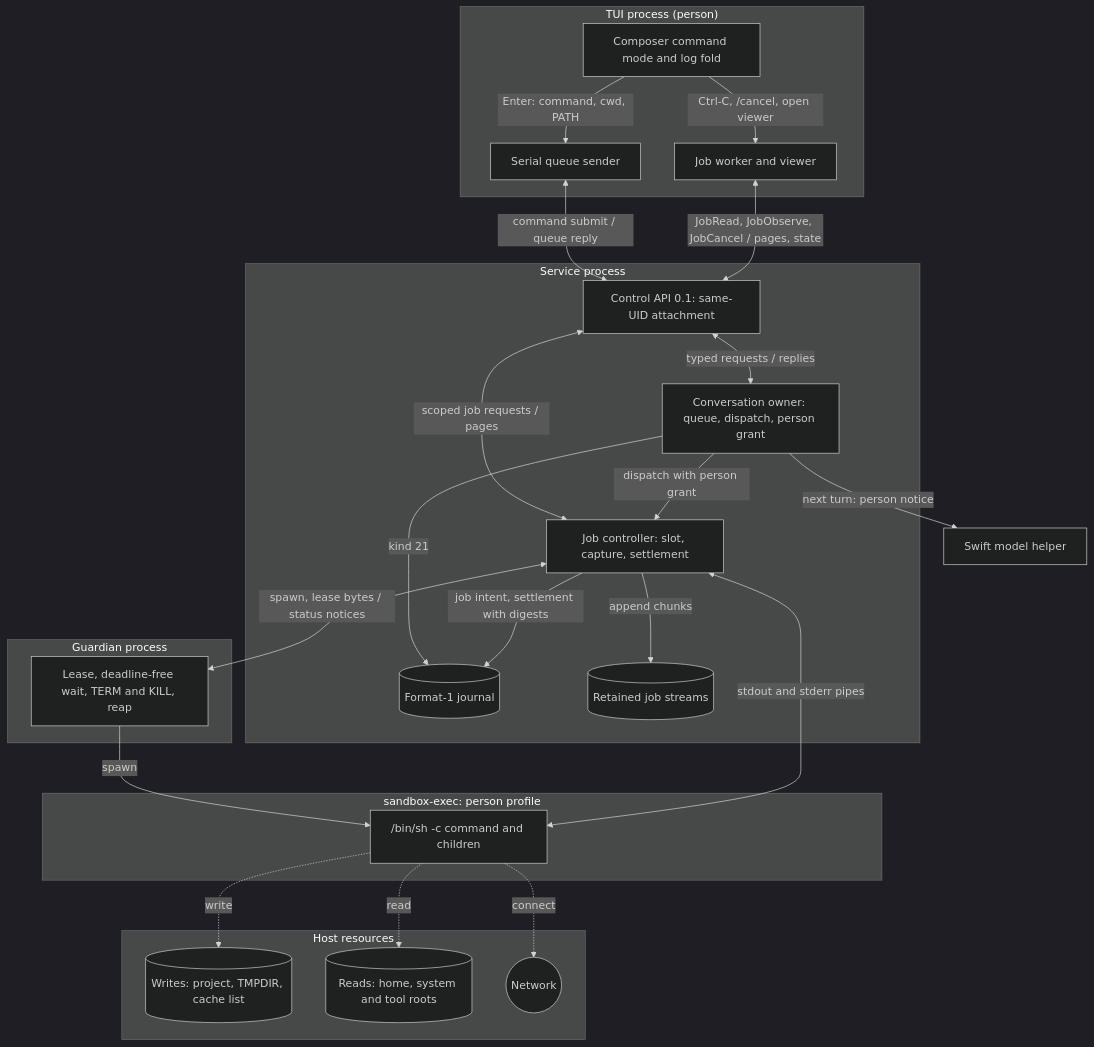
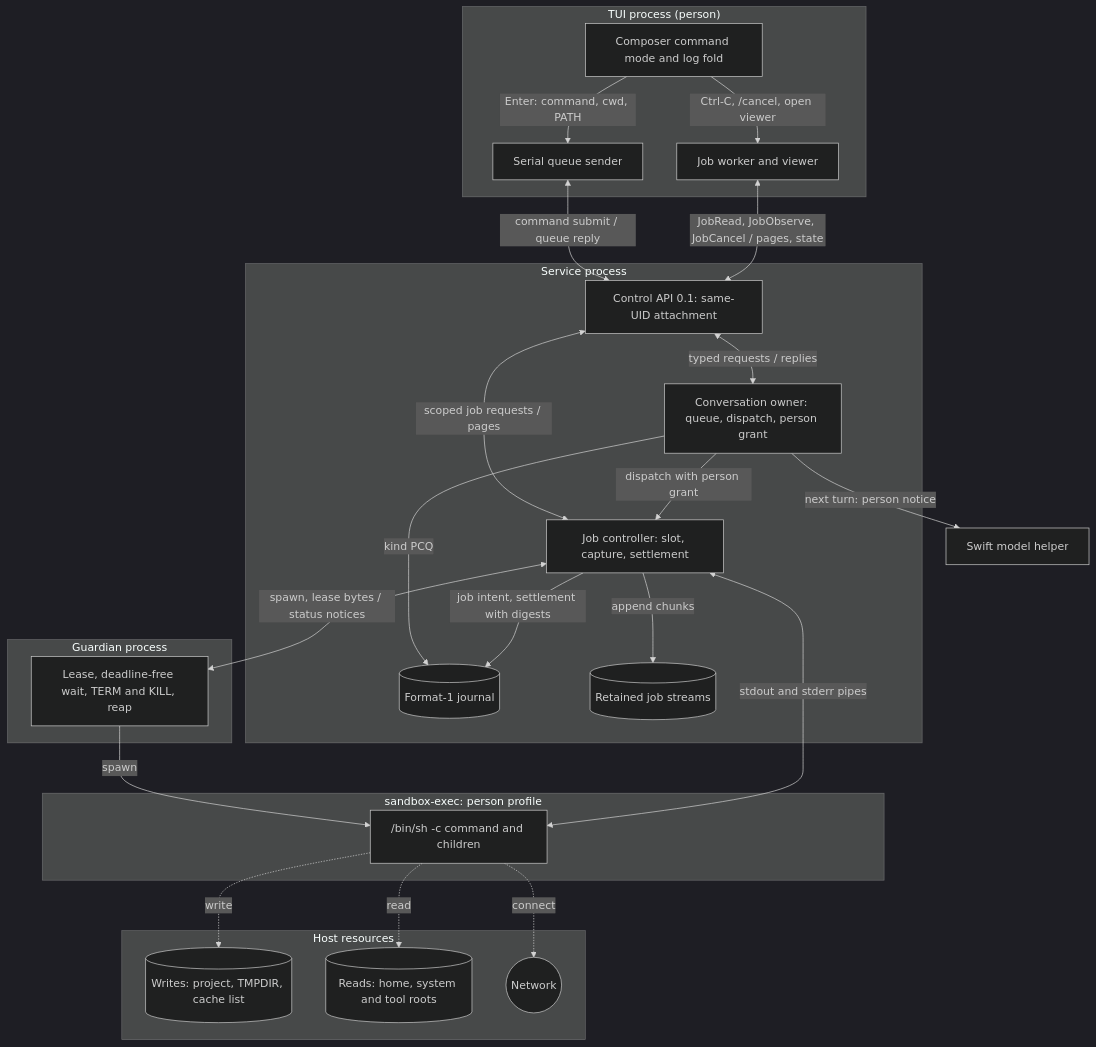
The first of 7 diagrams in docs/designs/person-command-mode.md (pidster/asura), drawn with Mermaid (dark theme) before and after one commit. The commit also changed other lines of this file and 6 other files, not shown here.

````diff
--- a/docs/designs/person-command-mode.md
+++ b/docs/designs/person-command-mode.md
@@ -129,44 +129,44 @@
 ```mermaid
 flowchart TB
     subgraph TUIP["TUI process (person)"]
         Mode["Composer command mode and log fold"]
         Send["Serial queue sender"]
         JobW["Job worker and viewer"]
     end
     subgraph SVC["Service process"]
         API["Control API 0.1: same-UID attachment"]
         Owner["Conversation owner: queue, dispatch, person grant"]
         Ctl["Job controller: slot, capture, settlement"]
         J[("Format-1 journal")]
         P[("Retained job streams")]
     end
     subgraph GP["Guardian process"]
         G["Lease, deadline-free wait, TERM and KILL, reap"]
     end
     subgraph SB["sandbox-exec: person profile"]
         Sh["/bin/sh -c command and children"]
     end
     subgraph HOST["Host resources"]
         W[("Writes: project, TMPDIR, cache list")]
         R[("Reads: home, system and tool roots")]
         N(("Network"))
     end
     Helper["Swift model helper"]
     Mode -->|"Enter: command, cwd, PATH"| Send
     Mode -->|"Ctrl-C, /cancel, open viewer"| JobW
     Send <-->|"command submit / queue reply"| API
     JobW <-->|"JobRead, JobObserve, JobCancel / pages, state"| API
     API <-->|"typed requests / replies"| Owner
     API <-->|"scoped job requests / pages"| Ctl
-    Owner -->|"kind 21"| J
+    Owner -->|"kind PCQ"| J
     Owner -->|"dispatch with person grant"| Ctl
     Ctl -->|"job intent, settlement with digests"| J
     Ctl -->|"append chunks"| P
     Ctl <-->|"spawn, lease bytes / status notices"| G
     G -->|"spawn"| Sh
     Ctl <-->|"stdout and stderr pipes"| Sh
     Sh -.->|"write"| W
     Sh -.->|"read"| R
     Sh -.->|"connect"| N
     Owner -->|"next turn: person notice"| Helper
 ```
````
